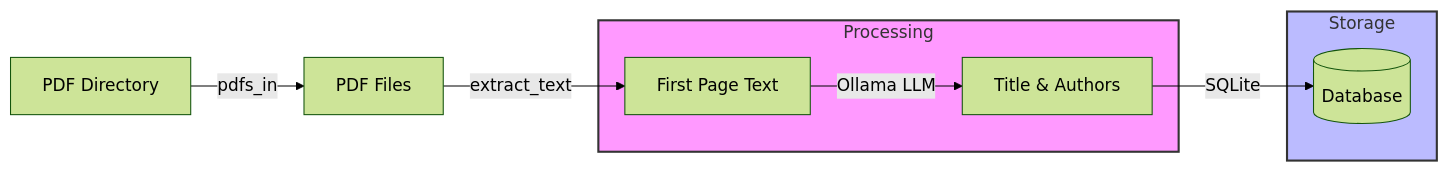
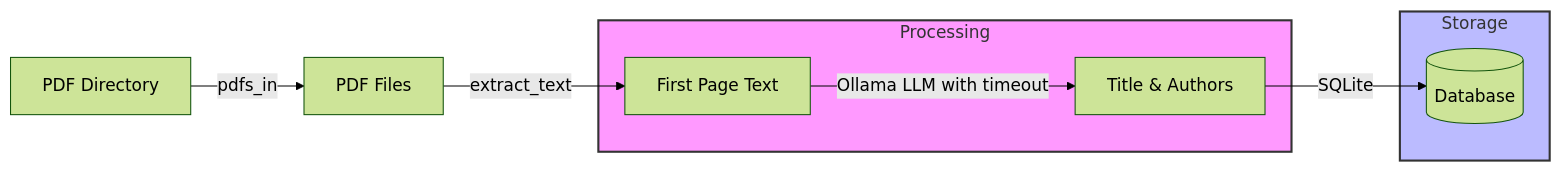
The diagram in README.md (romilly/ollama-oracle), drawn with Mermaid (forest theme) before and after one commit. The commit also changed other lines of this file and 1 other file, not shown here.

Commit message:
Fixed bg in timeout implementation and updated README.md.

````diff
--- a/README.md
+++ b/README.md
@@ -79,19 +82,19 @@
 ```mermaid
 flowchart LR
     A[PDF Directory] -->|pdfs_in| B[PDF Files]
     B -->|extract_text| C[First Page Text]
-    C -->|Ollama LLM| D[Title & Authors]
+    C -->|Ollama LLM with timeout| D[Title & Authors]
     D -->|SQLite| E[(Database)]
     
     subgraph Processing
         C
         D
     end
     
     subgraph Storage
         E
     end
     
     style Processing fill:#f9f,stroke:#333,stroke-width:2px
     style Storage fill:#bbf,stroke:#333,stroke-width:2px
 ```
````
